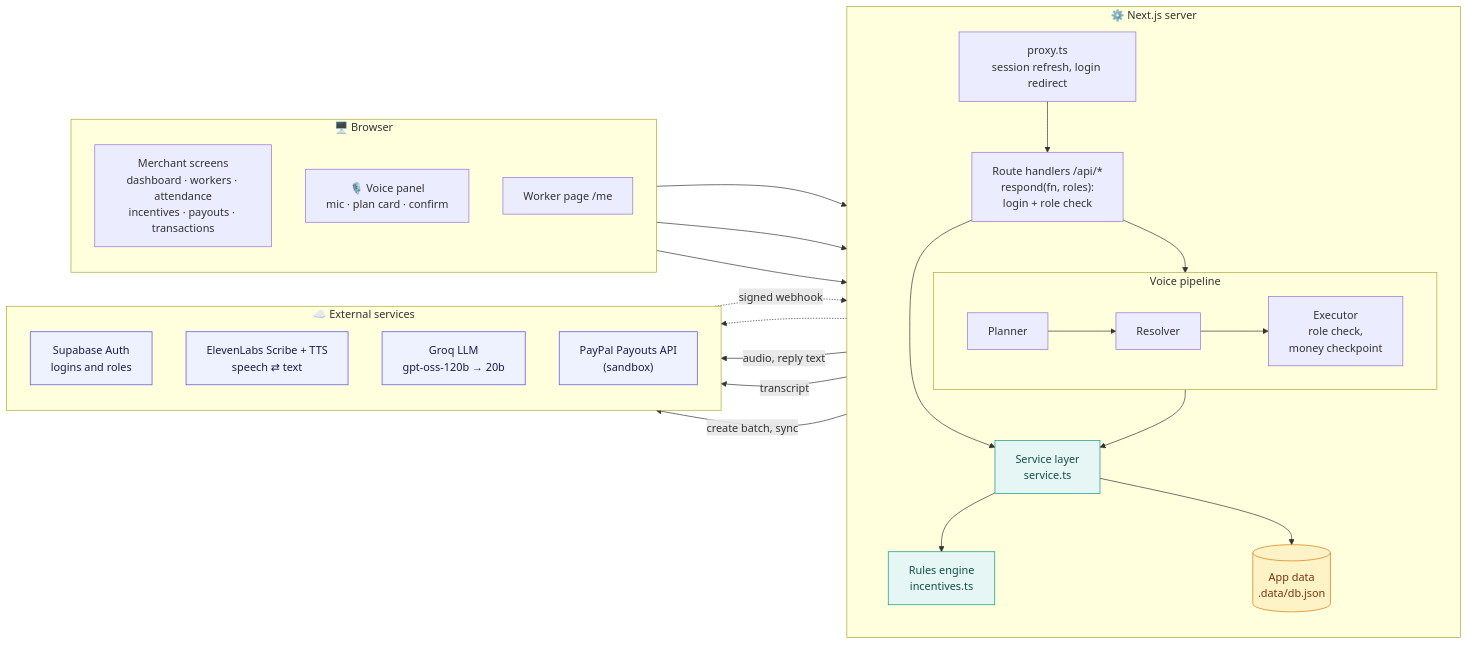
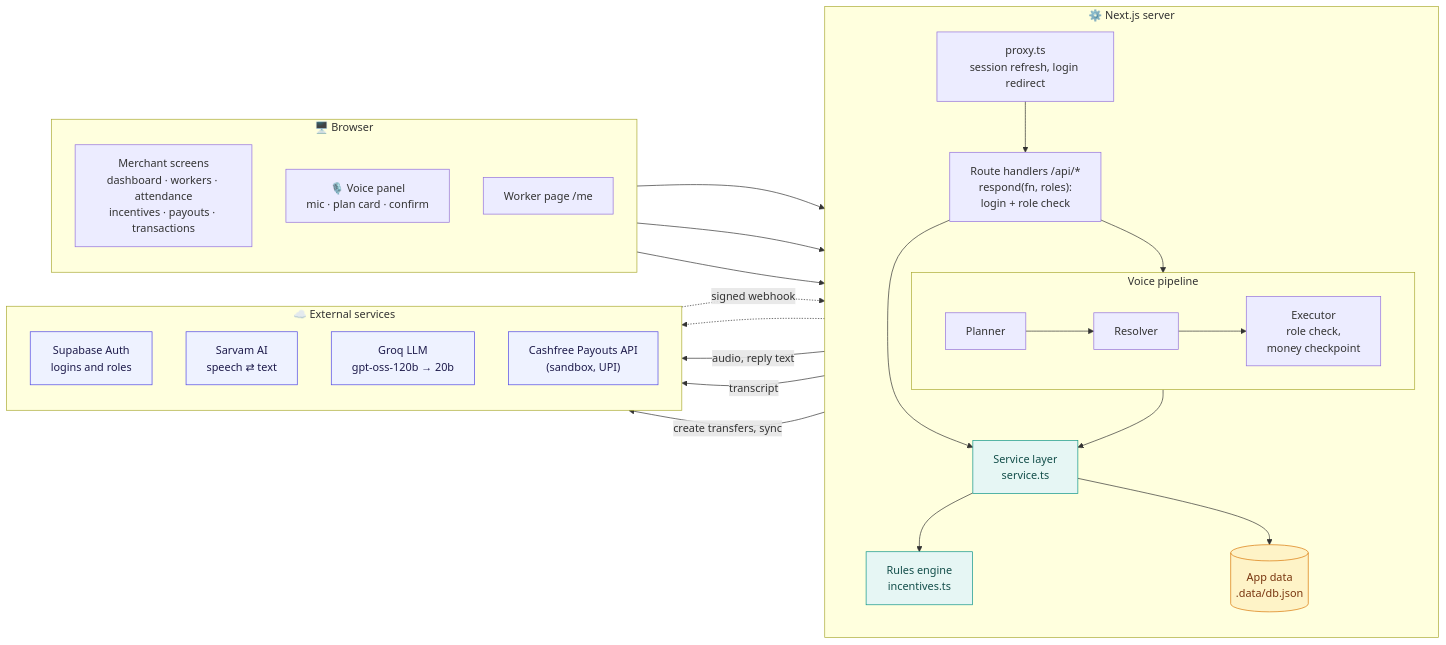
One commit to Agnik47/BolPay changed the third of 8 diagrams in README.md. Above: the diagram before and after it, drawn with Mermaid. The commit also changed other lines of this file and 63 other files, not shown here.

````diff
--- a/README.md
+++ b/README.md
@@ -99,52 +99,52 @@
 ```mermaid
 flowchart LR
     subgraph Browser["🖥️ Browser"]
         direction TB
         UI["Merchant screens<br/>dashboard · workers · attendance<br/>incentives · payouts · transactions"]
         VP["🎙️ Voice panel<br/>mic · plan card · confirm"]
         ME["Worker page /me"]
     end
 
     subgraph Server["⚙️ Next.js server"]
         direction TB
         PX["proxy.ts<br/>session refresh, login redirect"]
         API["Route handlers /api/*<br/>respond(fn, roles):<br/>login + role check"]
         subgraph Voice["Voice pipeline"]
             direction LR
             PL["Planner"] --> RS["Resolver"] --> EX["Executor<br/>role check,<br/>money checkpoint"]
         end
         SVC["Service layer<br/>service.ts"]
         RE["Rules engine<br/>incentives.ts"]
         DB[("App data<br/>.data/db.json")]
     end
 
     subgraph External["☁️ External services"]
         direction TB
         SB["Supabase Auth<br/>logins and roles"]
-        STT["ElevenLabs Scribe + TTS<br/>speech ⇄ text"]
+        STT["Sarvam AI<br/>speech ⇄ text"]
         LLM["Groq LLM<br/>gpt-oss-120b → 20b"]
-        PP["PayPal Payouts API<br/>(sandbox)"]
+        PP["Cashfree Payouts API<br/>(sandbox, UPI)"]
     end
 
     UI --> PX
     VP --> PX
     ME --> PX
     PX --> API
     PX -.-> SB
     API --> Voice
     API --> SVC
     EX --> SVC
     SVC --> RE
     SVC --> DB
     API -- "audio, reply text" --> STT
     PL -- "transcript" --> LLM
-    SVC -- "create batch, sync" --> PP
+    SVC -- "create transfers, sync" --> PP
     PP -. "signed webhook" .-> API
 
     classDef ext fill:#eef2ff,stroke:#4f46e5,color:#1e1b4b
     classDef store fill:#fef3c7,stroke:#d97706,color:#78350f
     classDef core fill:#e6f6f4,stroke:#0d9488,color:#134e4a
     class SB,STT,LLM,PP ext
     class DB store
     class SVC,RE core
 ```
````
